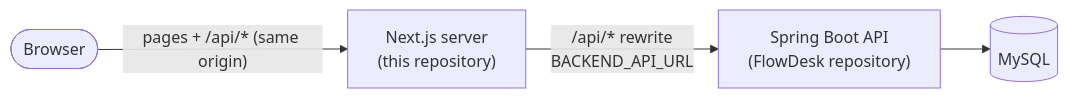
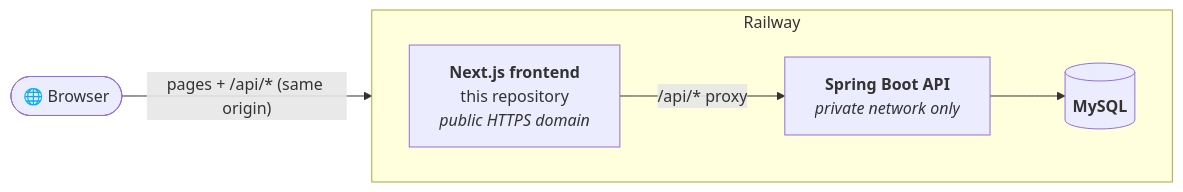
One commit to JaiswalS2812/flowdesk changed the second of 2 diagrams in README.md. Above: the diagram before and after it, drawn with Mermaid. The commit also changed other lines of this file, not shown here.

Commit message:
docs: redesign frontend README for public portfolio

````diff
--- a/README.md
+++ b/README.md
@@ -23,6 +200,15 @@
 ```mermaid
 flowchart LR
-    browser([Browser]) -->|"pages + /api/* (same origin)"| next["Next.js server<br/>(this repository)"]
-    next -->|"/api/* rewrite<br/>BACKEND_API_URL"| api["Spring Boot API<br/>(FlowDesk repository)"]
-    api --> db[(MySQL)]
+    user([🌐 Browser])
+
+    subgraph railway [Railway]
+        direction LR
+        fe["<b>Next.js frontend</b><br/>this repository<br/><i>public HTTPS domain</i>"]
+        be["<b>Spring Boot API</b><br/><i>private network only</i>"]
+        db[("<b>MySQL</b>")]
+    end
+
+    user -->|"pages + /api/* (same origin)"| fe
+    fe -->|"/api/* proxy"| be
+    be --> db
 ```
````
